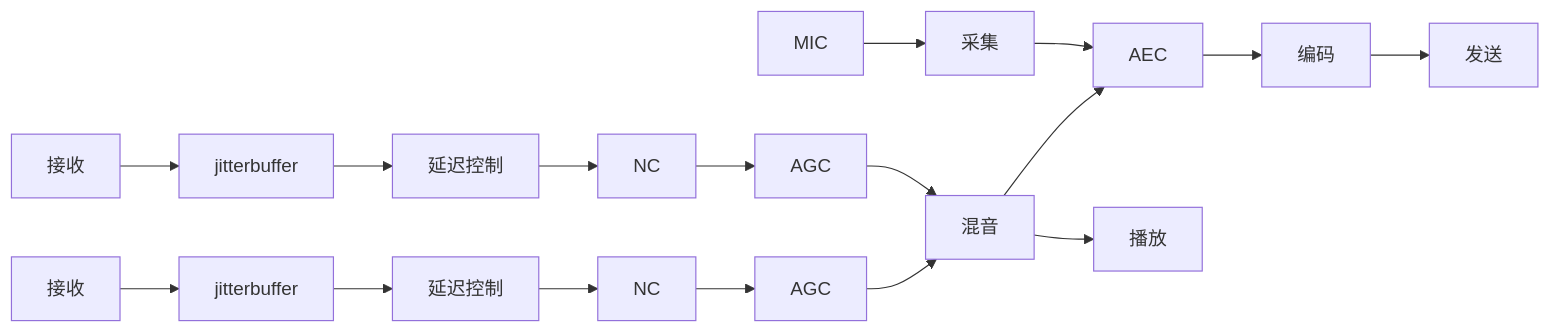
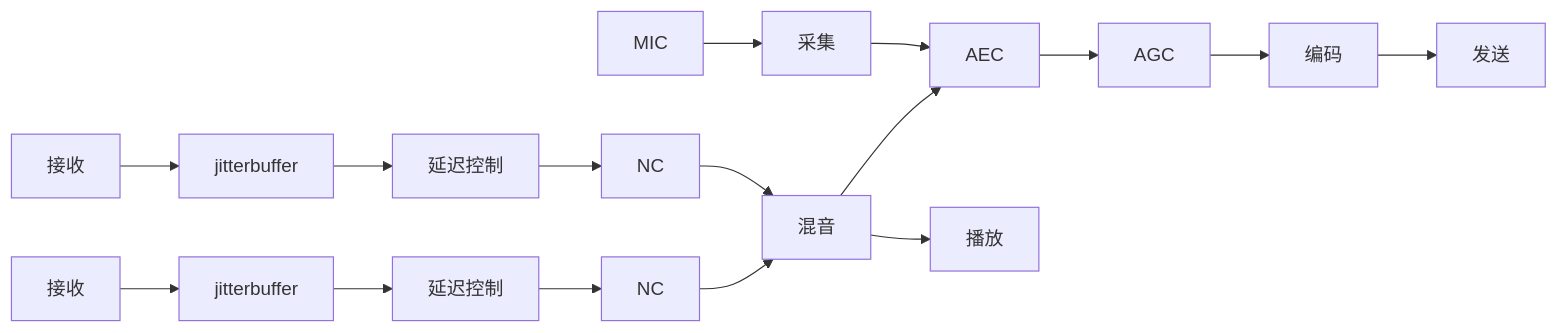
One commit to gavin88/teaching_plan changed the second of 4 diagrams in outline.md. Above: the diagram before and after it, drawn with Mermaid.

````diff
--- a/outline.md
+++ b/outline.md
@@ -143,8 +143,8 @@
 ```mermaid
 graph LR
-A[MIC]-->B[采集]-->C[AEC]-->D[编码] --> E[发送]
-H[接收]-->I[jitterbuffer]-->J[延迟控制]-->K[NC]-->O[AGC]-->F[混音] --> G[播放] 
+A[MIC]-->B[采集]-->C[AEC]-->O[AGC]-->D[编码] --> E[发送]
+H[接收]-->I[jitterbuffer]-->J[延迟控制]-->K[NC]-->F[混音] --> G[播放] 
 F-->C
-H2[接收]-->I2[jitterbuffer]-->J2[延迟控制]-->K2[NC]-->O2[AGC]
-O2-->F
+H2[接收]-->I2[jitterbuffer]-->J2[延迟控制]-->K2[NC]
+K2-->F
 ```
````
